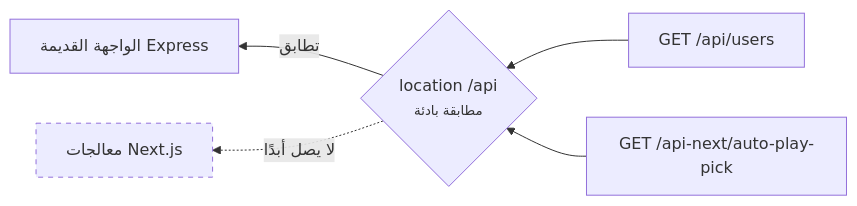
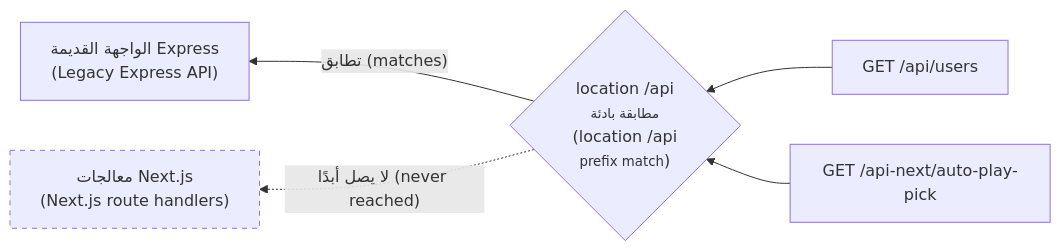
One commit to Tamoura/system-design-for-vibe-coders changed the first of 3 diagrams in modules/01-anatomy-of-a-real-app/lesson-2-the-requests-journey.ar.md. Above: the diagram before and after it, drawn with Mermaid. The commit also changed other lines of this file and 62 other files, not shown here.

First line of the commit message:
Arabic editions: English on every diagram label, RTL fixes, rebuild

````diff
--- a/modules/01-anatomy-of-a-real-app/lesson-2-the-requests-journey.ar.md
+++ b/modules/01-anatomy-of-a-real-app/lesson-2-the-requests-journey.ar.md
@@ -19,8 +19,8 @@
 ```mermaid
 flowchart RL
-    R1["GET /api/users"] --> L{"location /api<br/><small>مطابقة بادئة</small>"}
+    R1["GET /api/users"] --> L{"location /api<br/><small>مطابقة بادئة</small><br/>(location /api<br/><small>prefix match</small>)"}
     R2["GET /api-next/auto-play-pick"] --> L
-    L -->|"تطابق"| EXPRESS["الواجهة القديمة Express"]
-    L -.->|"لا يصل أبدًا"| NEXT["معالجات Next.js"]
+    L -->|"تطابق (matches)"| EXPRESS["الواجهة القديمة Express<br/>(Legacy Express API)"]
+    L -.->|"لا يصل أبدًا (never reached)"| NEXT["معالجات Next.js<br/>(Next.js route handlers)"]
     style NEXT stroke-dasharray: 5 5
 ```
````
